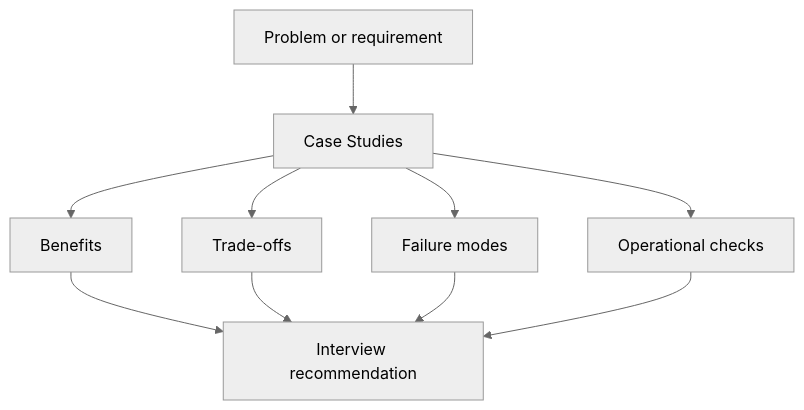
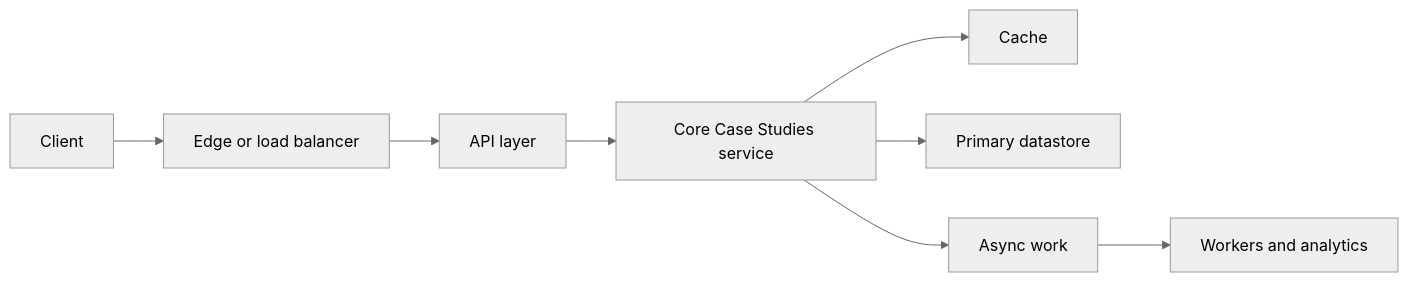
The first of 2 diagrams in case-studies/index.md (abstractinterviews/abstractinterviews.github.io), drawn with Mermaid (neutral theme) before and after one commit. The commit also changed other lines of this file and 278 other files, not shown here.

````diff
--- a/case-studies/index.md
+++ b/case-studies/index.md
@@ -87,12 +79,10 @@
-~~~mermaid
-flowchart TD
-    Problem["Problem or requirement"] --> Concept["Case Studies"]
-    Concept --> Benefits["Benefits"]
-    Concept --> Tradeoffs["Trade-offs"]
-    Concept --> FailureModes["Failure modes"]
-    Concept --> Operations["Operational checks"]
-    Benefits --> Decision["Interview recommendation"]
-    Tradeoffs --> Decision
-    FailureModes --> Decision
-    Operations --> Decision
-~~~
+```mermaid
+flowchart LR
+    Client["Client"] --> Edge["Edge or load balancer"]
+    Edge --> API["API layer"]
+    API --> Core["Core Case Studies service"]
+    Core --> Cache["Cache"]
+    Core --> DB["Primary datastore"]
+    Core --> Queue["Async work"]
+    Queue --> Workers["Workers and analytics"]
+```
````
